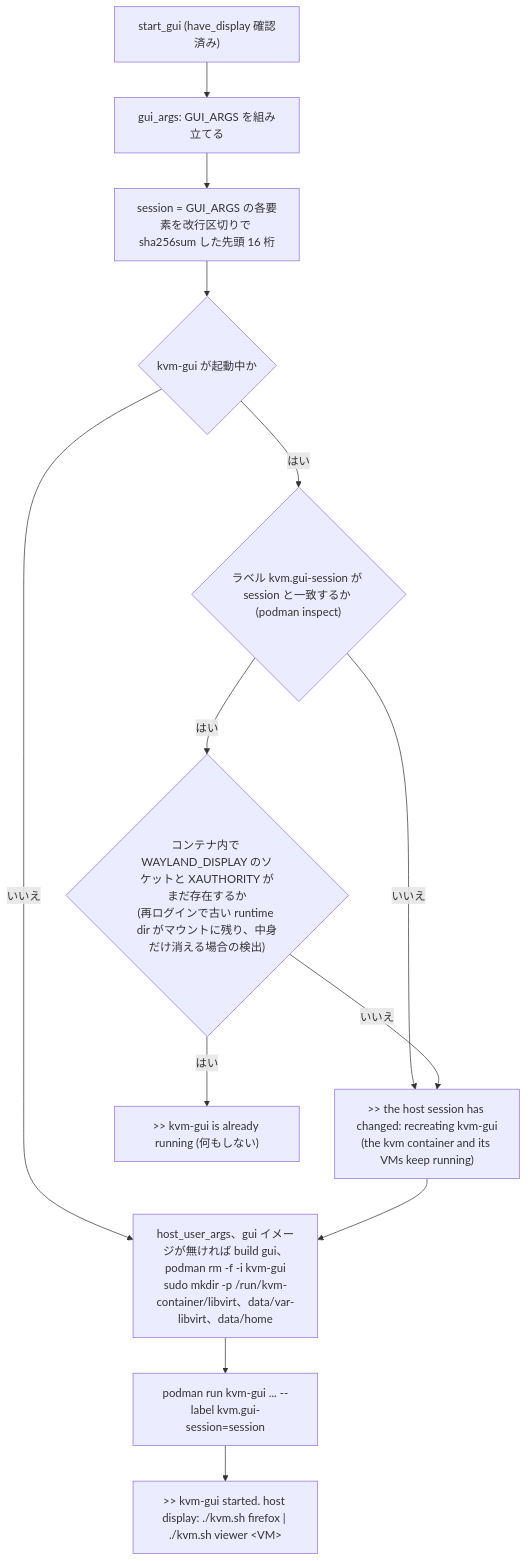
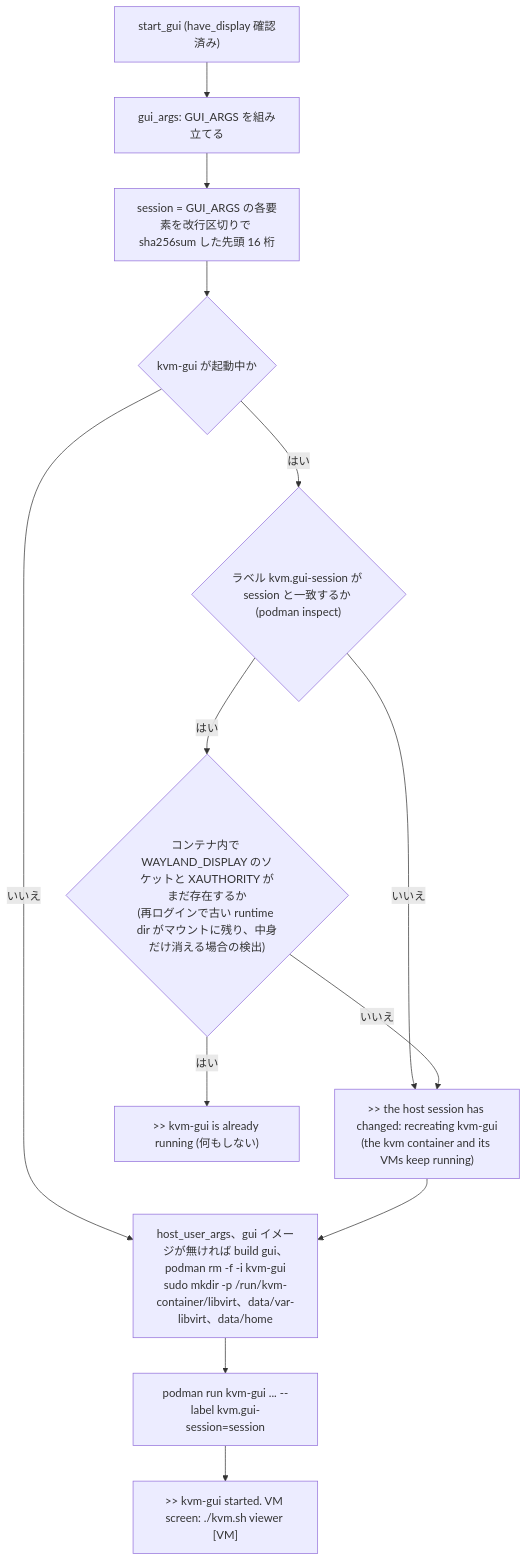
Diagram 15 of 22 in docs/SPEC.md (ryo-aoki-pc/kvm-container), drawn with Mermaid before and after one commit. The commit also changed other lines of this file and 11 other files, not shown here.

````diff
--- a/docs/SPEC.md
+++ b/docs/SPEC.md
@@ -772,14 +734,14 @@
 ```mermaid
 flowchart TD
   s["start_gui (have_display 確認済み)"] --> ga["gui_args: GUI_ARGS を組み立てる"] --> h["session = GUI_ARGS の各要素を改行区切りで sha256sum した先頭 16 桁"]
   h --> r{"kvm-gui が起動中か"}
   r -->|"いいえ"| c
   r -->|"はい"| l{"ラベル kvm.gui-session が session と一致するか (podman inspect)"}
   l -->|"いいえ"| c2
   l -->|"はい"| e{"コンテナ内で WAYLAND_DISPLAY のソケットと XAUTHORITY がまだ存在するか<br/>(再ログインで古い runtime dir がマウントに残り、中身だけ消える場合の検出)"}
   e -->|"はい"| ok[">> kvm-gui is already running (何もしない)"]
   e -->|"いいえ"| c2[">> the host session has changed: recreating kvm-gui<br/>(the kvm container and its VMs keep running)"]
   c2 --> c["host_user_args、gui イメージが無ければ build gui、podman rm -f -i kvm-gui<br/>sudo mkdir -p /run/kvm-container/libvirt、data/var-libvirt、data/home"]
   c --> run["podman run kvm-gui ... --label kvm.gui-session=session"]
-  run --> msg[">> kvm-gui started. host display: ./kvm.sh firefox | ./kvm.sh viewer &lt;VM&gt;"]
+  run --> msg[">> kvm-gui started. VM screen: ./kvm.sh viewer [VM]"]
 ```
````
